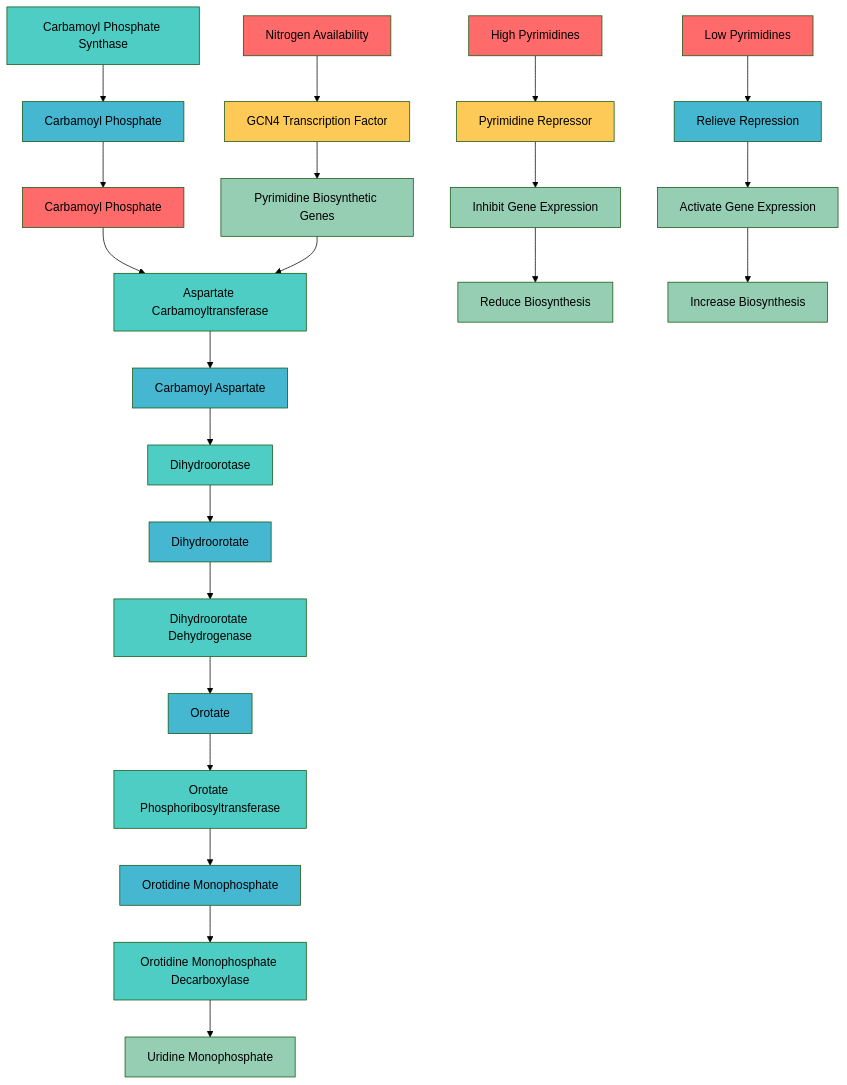
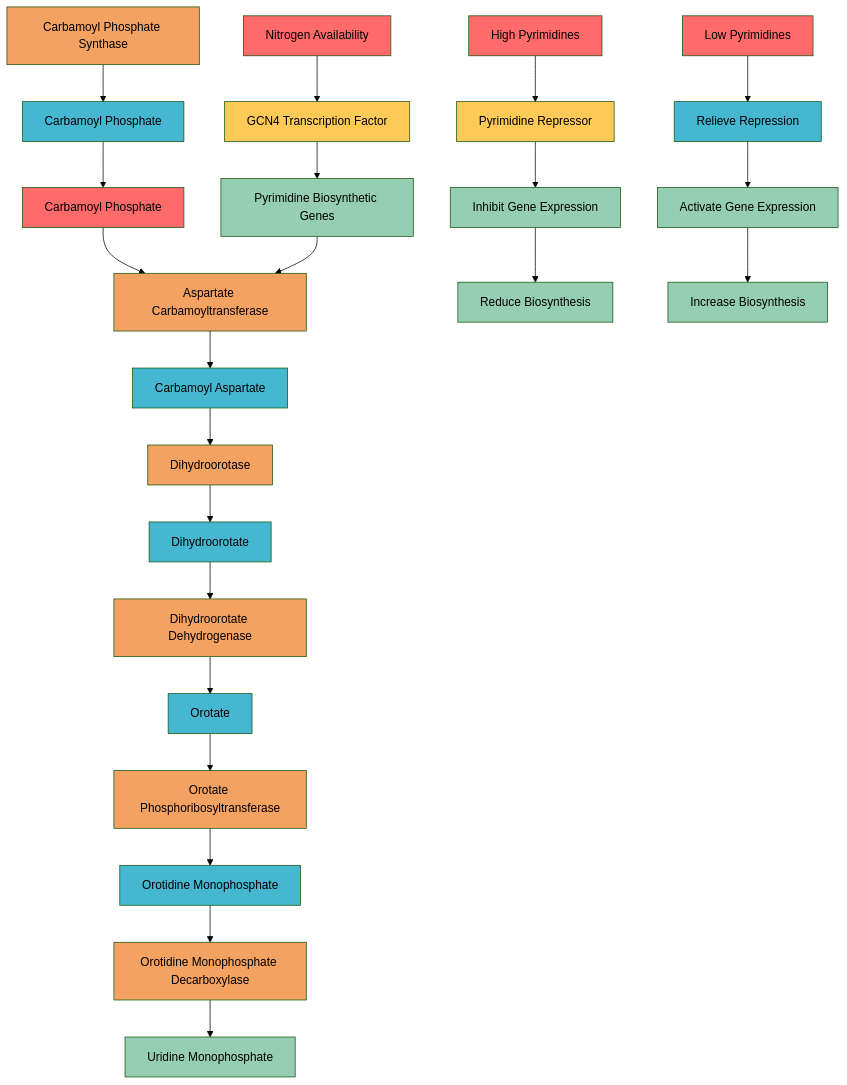
Before and after one commit to garywelz/glmp: the diagram in docs/paper/community/contributions/new_charts/batch11_07_pyrimidine_biosynthesis.mmd, drawn with Mermaid (forest theme). The commit also changed 252 other files, not shown here.

Commit message:
Palette migration: replace teal with orange for catalysts across Mermaid HTML/MMD; update legends, strokes, and narrative text; unify emojis and theme variables

```diff
--- a/docs/paper/community/contributions/new_charts/batch11_07_pyrimidine_biosynthesis.mmd
+++ b/docs/paper/community/contributions/new_charts/batch11_07_pyrimidine_biosynthesis.mmd
@@ -1,51 +1,51 @@
 graph TD
     A[Carbamoyl Phosphate] --> B[Aspartate Carbamoyltransferase]
     B --> C[Carbamoyl Aspartate]
     C --> D[Dihydroorotase]
     D --> E[Dihydroorotate]
     E --> F[Dihydroorotate Dehydrogenase]
     F --> G[Orotate]
     G --> H[Orotate Phosphoribosyltransferase]
     H --> I[Orotidine Monophosphate]
     I --> J[Orotidine Monophosphate Decarboxylase]
     J --> K[Uridine Monophosphate]
     
     L[Nitrogen Availability] --> M[GCN4 Transcription Factor]
     M --> N[Pyrimidine Biosynthetic Genes]
     N --> B
     
     O[High Pyrimidines] --> P[Pyrimidine Repressor]
     P --> Q[Inhibit Gene Expression]
     Q --> R[Reduce Biosynthesis]
     
     S[Low Pyrimidines] --> T[Relieve Repression]
     T --> U[Activate Gene Expression]
     U --> V[Increase Biosynthesis]
     
     W[Carbamoyl Phosphate Synthase] --> X[Carbamoyl Phosphate]
     X --> A
     
     style A fill:#ff6b6b
-    style B fill:#4ecdc4
+    style B fill:#f4a261
     style C fill:#45b7d1
-    style D fill:#4ecdc4
+    style D fill:#f4a261
     style E fill:#45b7d1
-    style F fill:#4ecdc4
+    style F fill:#f4a261
     style G fill:#45b7d1
-    style H fill:#4ecdc4
+    style H fill:#f4a261
     style I fill:#45b7d1
-    style J fill:#4ecdc4
+    style J fill:#f4a261
     style K fill:#96ceb4
     style L fill:#ff6b6b
     style M fill:#feca57
     style N fill:#96ceb4
     style O fill:#ff6b6b
     style P fill:#feca57
     style Q fill:#96ceb4
     style R fill:#96ceb4
     style S fill:#ff6b6b
     style T fill:#45b7d1
     style U fill:#96ceb4
     style V fill:#96ceb4
-    style W fill:#4ecdc4
+    style W fill:#f4a261
     style X fill:#45b7d1
```
